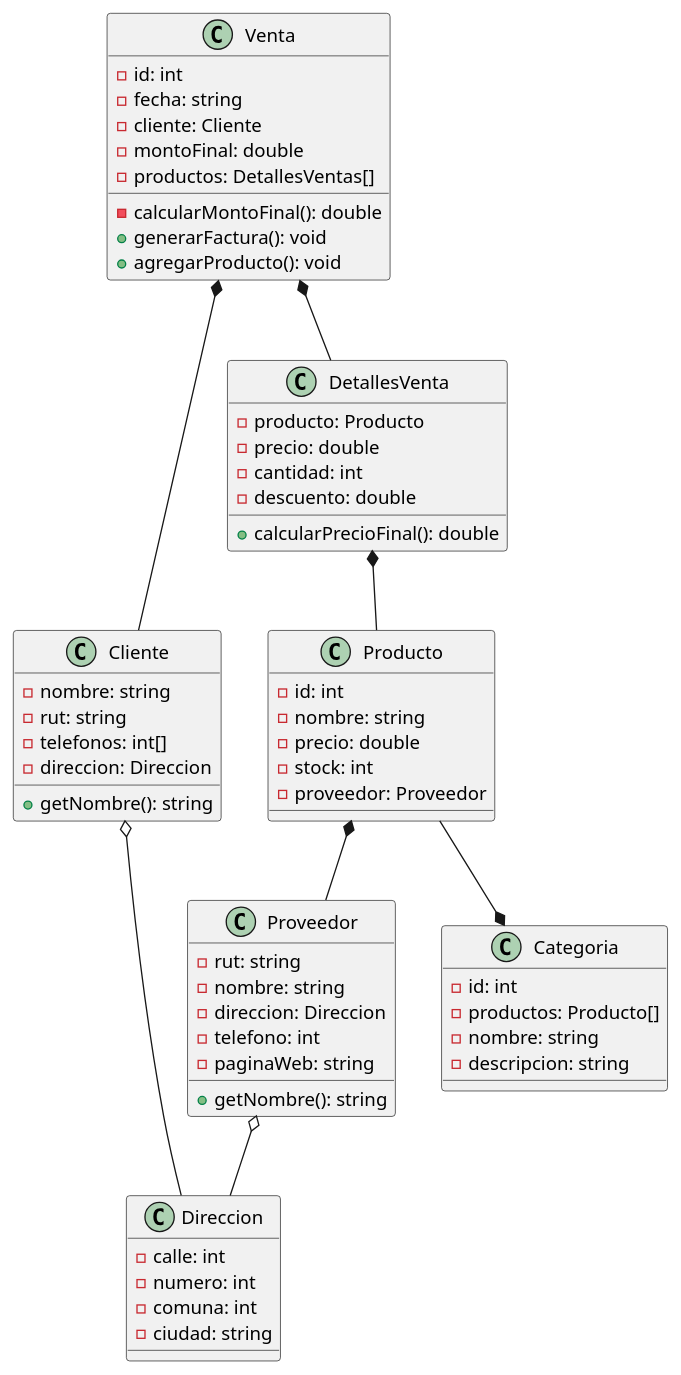
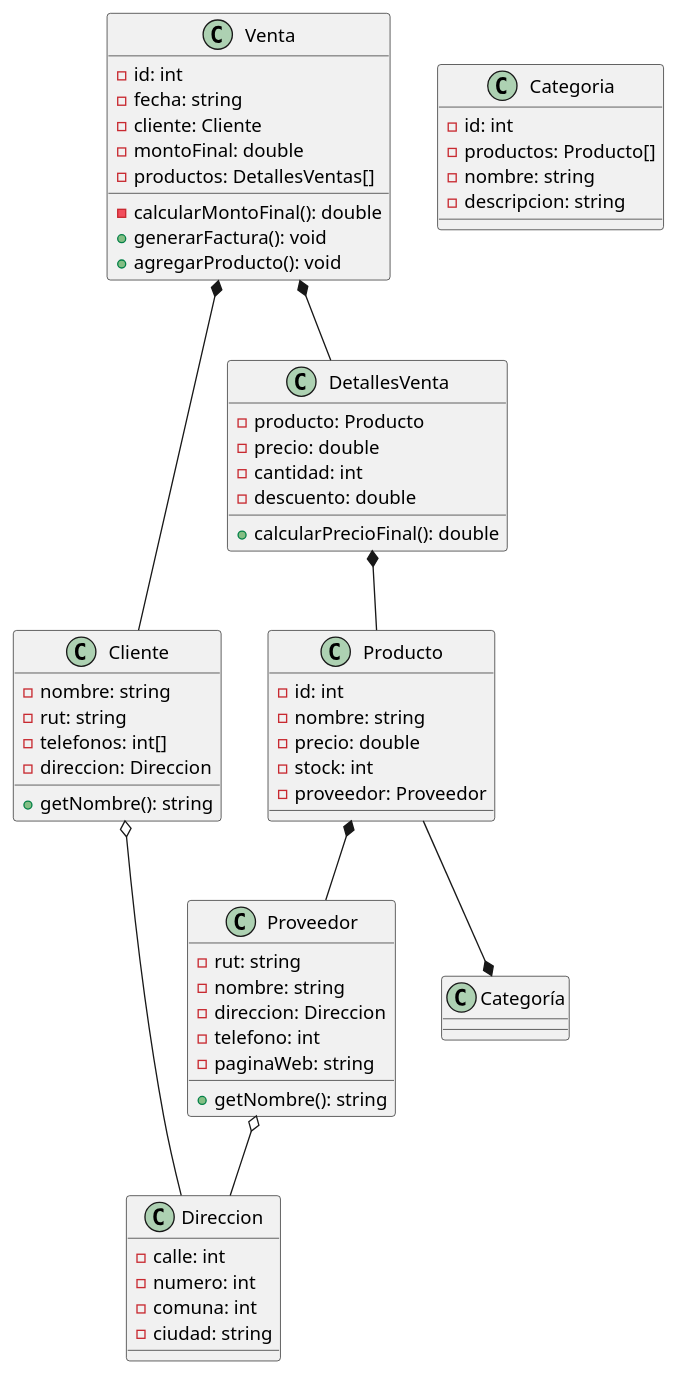
Before and after one commit to jorge1b3/UMLBasesDeDatos1: the diagram in primero.puml, drawn with PlantUML.

Commit message:
agregando cambio menor

```diff
--- a/primero.puml
+++ b/primero.puml
@@ -1,62 +1,62 @@
 @startuml Primero
 class Proveedor{
 	-rut: string 
 	-nombre: string 
 	-direccion: Direccion 
 	-telefono: int 
 	-paginaWeb: string 
 	+getNombre(): string 
 }
 class Cliente{
 	-nombre: string 
 	-rut: string 
 	-telefonos: int[]
 	-direccion: Direccion
 	+getNombre(): string
 }	
 class Direccion{
 	-calle: int 
 	-numero: int 
 	-comuna: int 
 	-ciudad: string 
 }
 class Producto{
 	-id: int 
 	-nombre: string 
 	-precio: double 
 	-stock: int 
 	-proveedor: Proveedor 
 }
 class Categoria{
 	-id: int 
 	-productos: Producto[]
 	-nombre: string 
 	-descripcion: string 
 	
 }
 class Venta{
 	-id: int 
 	-fecha: string 
 	-cliente: Cliente 
 	-montoFinal: double
 	-productos: DetallesVentas[]
 	-calcularMontoFinal(): double
 	+generarFactura(): void
 	+agregarProducto(): void 
 }
 class DetallesVenta{
 	-producto: Producto
 	-precio: double
 	-cantidad: int
 	-descuento: double
 	+calcularPrecioFinal(): double
 }
 
 Proveedor o-- Direccion
 Cliente o-- Direccion
 Producto *-- Proveedor
 Venta *-- DetallesVenta
-Producto --* Categoria
+Producto --* Categoría
 DetallesVenta *-- Producto
 Venta *-- Cliente
 @enduml
```
